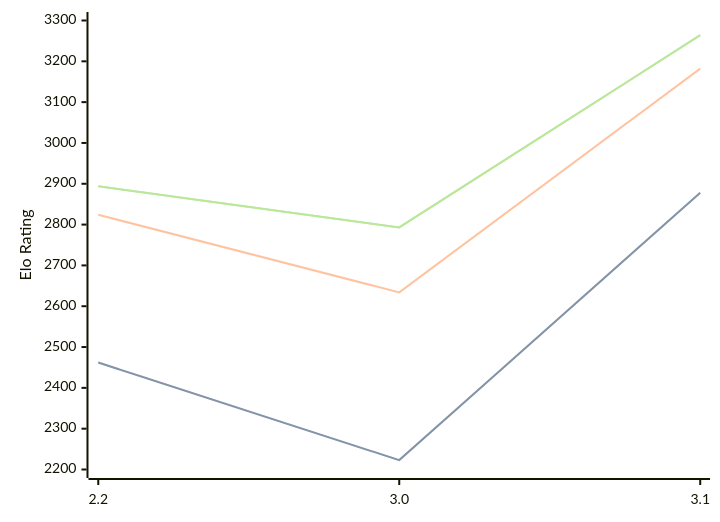
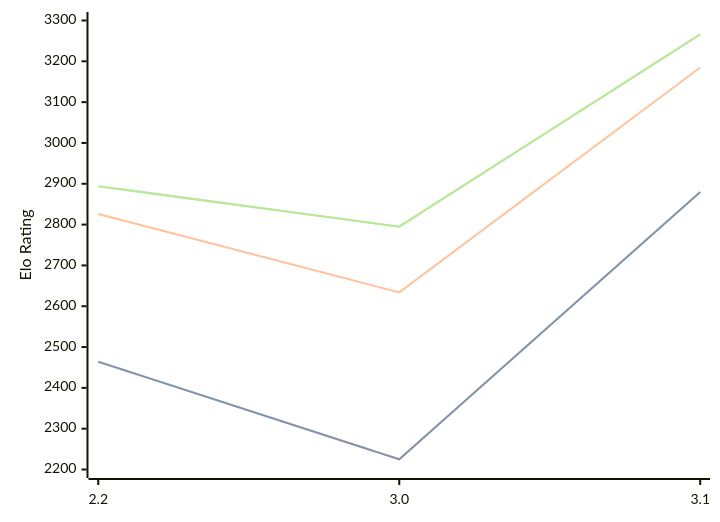
Before and after one commit to computer-chess-index/cci: the diagram in engines/Thrawn.md, drawn with Mermaid. The commit also changed other lines of this file, not shown here.

Commit message:
Update CCI Ratings (ELO VLTC) - 2026-08-21

````diff
--- a/engines/Thrawn.md
+++ b/engines/Thrawn.md
@@ -33,11 +33,11 @@
 ```mermaid
 %%{init: {"theme":"base","themeVariables":{"seriesColors:['#a3a3a3','#222221','#faa371']}}}%%
 xychart-beta
   x-axis ["2.2", "3.0", "3.1"]
   y-axis "Elo Rating" 2200 --> 3300
-  line "STC (8.0+0.08s)" [2462, 2223, 2878]
-  line "STC (8.0+0.08s)" [2462, 2223, 2878]
-  line "LTC (60.0+0.60s)" [2824, 2634, 3182]
-  line "VLTC (2m24s+1.12s)" [2894, 2793, 3264]
-  line "VLTC (2m24s+1.12s)" [2894, 2793, 3264]
+  line "STC (8.0+0.08s)" [2464, 2225, 2880]
+  line "STC (8.0+0.08s)" [2464, 2225, 2880]
+  line "LTC (60.0+0.60s)" [2826, 2634, 3185]
+  line "VLTC (2m24s+1.12s)" [2894, 2795, 3266]
+  line "VLTC (2m24s+1.12s)" [2894, 2795, 3266]
 ```
````
